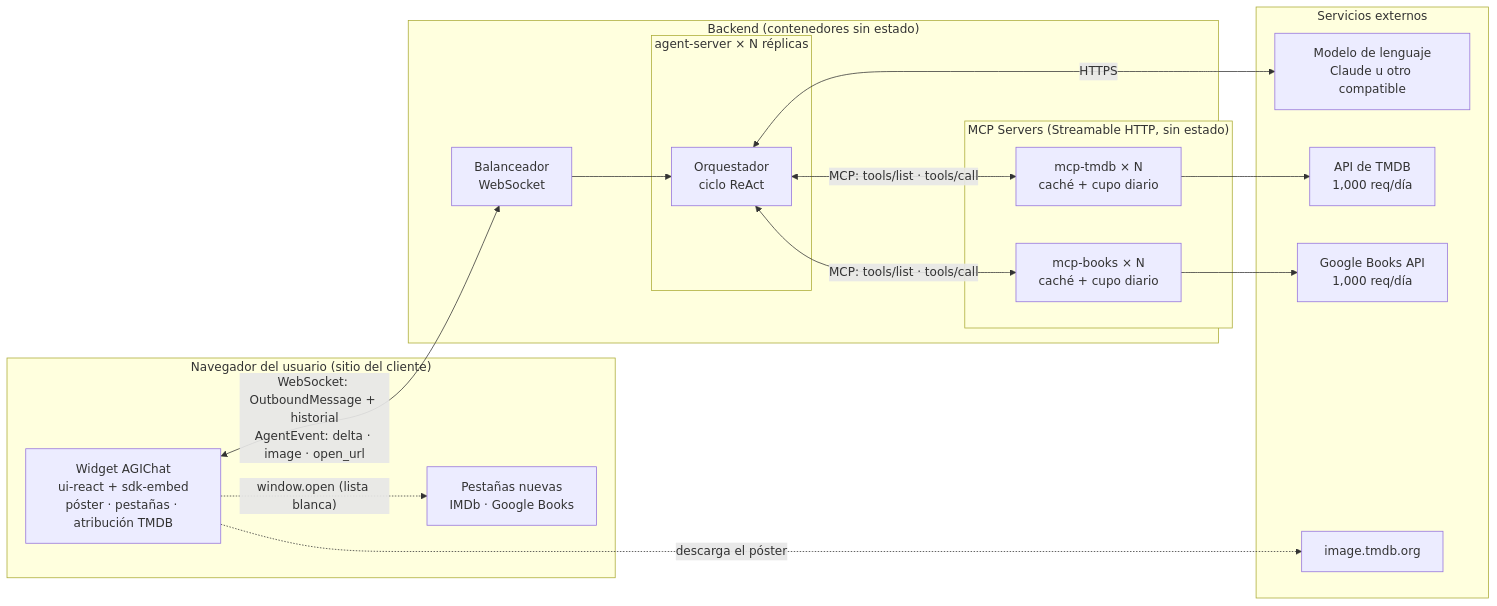
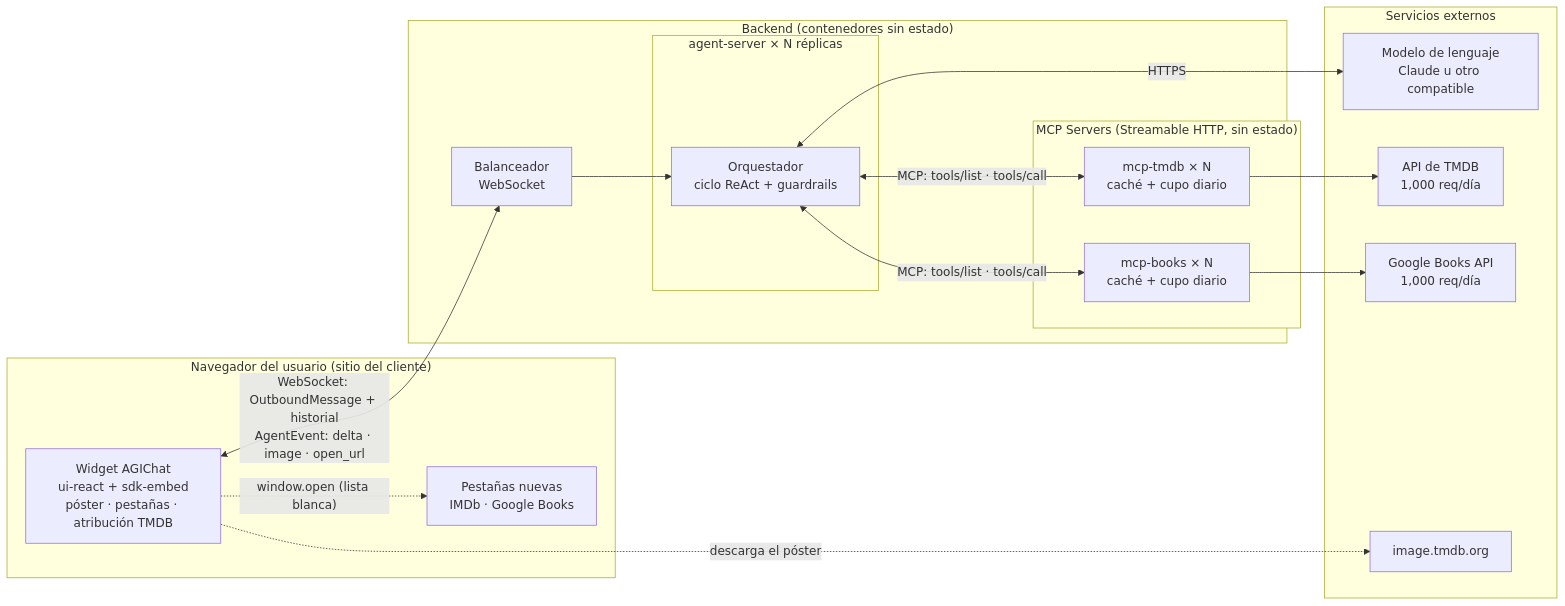
One commit to marianolhe/proyectoia1 changed the first of 2 diagrams in docs/AGENTE.md. Above: the diagram before and after it, drawn with Mermaid. The commit also changed other lines of this file and 5 other files, not shown here.

````diff
--- a/docs/AGENTE.md
+++ b/docs/AGENTE.md
@@ -7,35 +22,35 @@
 ```mermaid
 flowchart LR
   subgraph navegador["Navegador del usuario (sitio del cliente)"]
     widget["Widget AGIChat<br/>ui-react + sdk-embed<br/>póster · pestañas · atribución TMDB"]
     pestanas["Pestañas nuevas<br/>IMDb · Google Books"]
   end
 
   subgraph backend["Backend (contenedores sin estado)"]
     lb["Balanceador<br/>WebSocket"]
     subgraph agentes["agent-server × N réplicas"]
-      orq["Orquestador<br/>ciclo ReAct"]
+      orq["Orquestador<br/>ciclo ReAct + guardrails"]
     end
     subgraph mcps["MCP Servers (Streamable HTTP, sin estado)"]
       tmdb["mcp-tmdb × N<br/>caché + cupo diario"]
       books["mcp-books × N<br/>caché + cupo diario"]
     end
   end
 
   subgraph externos["Servicios externos"]
     llm["Modelo de lenguaje<br/>Claude u otro compatible"]
     tmdbapi["API de TMDB<br/>1,000 req/día"]
     gbapi["Google Books API<br/>1,000 req/día"]
     img["image.tmdb.org"]
   end
 
   widget <-->|"WebSocket: OutboundMessage + historial<br/>AgentEvent: delta · image · open_url"| lb
   lb --> orq
   orq <-->|"HTTPS"| llm
   orq <-->|"MCP: tools/list · tools/call"| tmdb
   orq <-->|"MCP: tools/list · tools/call"| books
   tmdb --> tmdbapi
   books --> gbapi
   widget -.->|"descarga el póster"| img
   widget -.->|"window.open (lista blanca)"| pestanas
 ```
````
